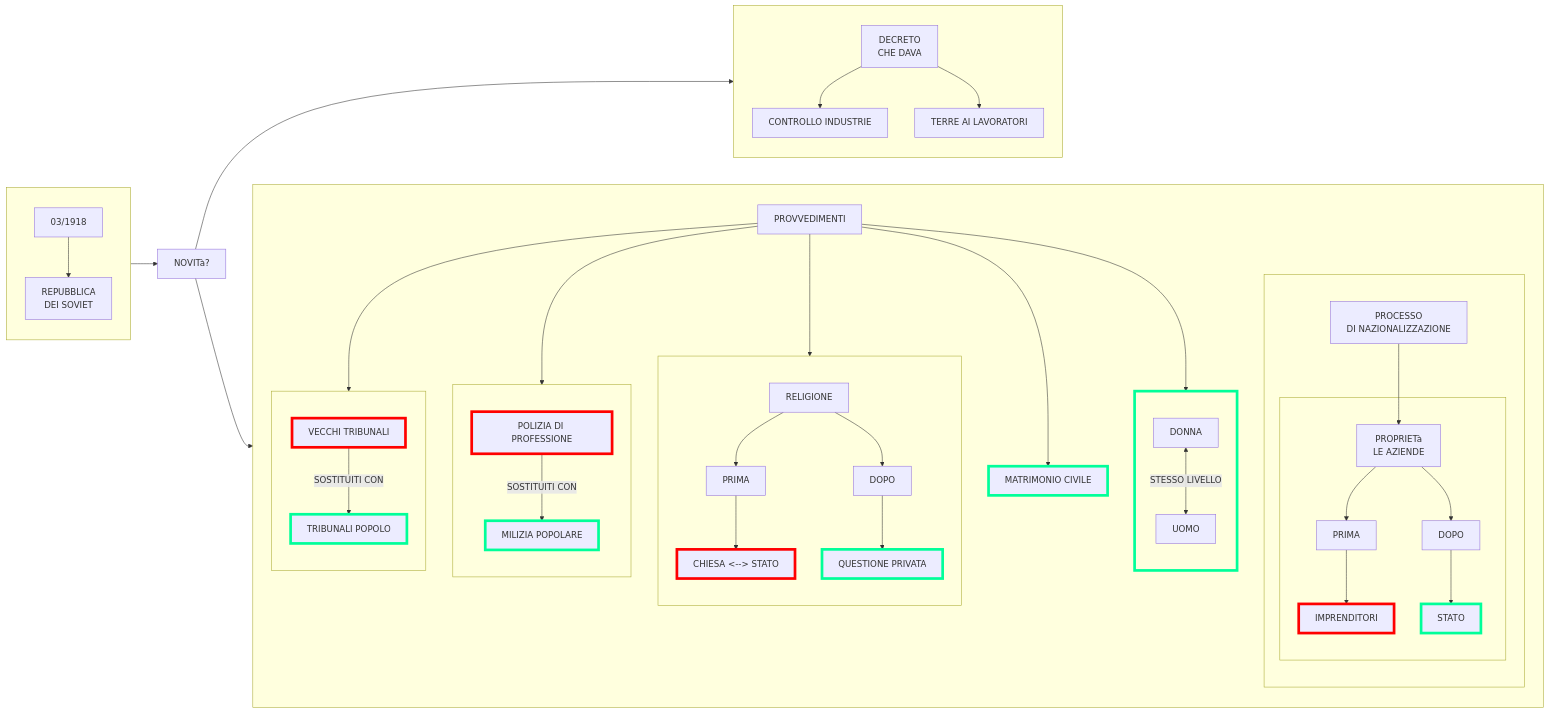
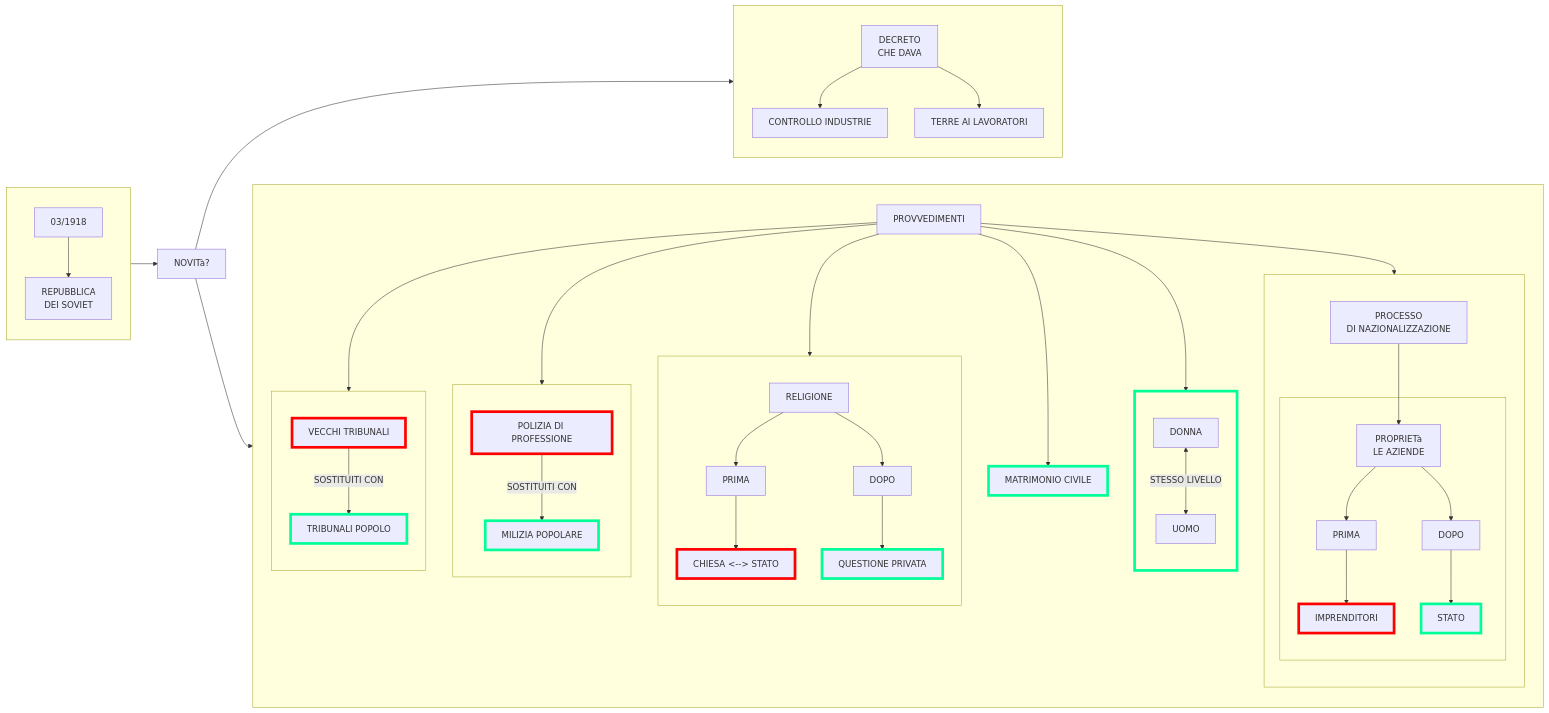
Before and after one commit to Laaouatni/ricerca-storia-MermaidJS: the fourth of 4 diagrams in stalinismo.md, drawn with Mermaid.

Commit message:
Add node 15 to flowchart connections

````diff
--- a/stalinismo.md
+++ b/stalinismo.md
@@ -118,70 +118,70 @@
 ```mermaid
 flowchart LR
     subgraph 0[" "]
         00[03/1918] -->
         000[REPUBBLICA <br> DEI SOVIET]
     end
     01[NOVITà?]
     subgraph 013[" "]
         direction TB;
         010[DECRETO <br> CHE DAVA]
         011[CONTROLLO INDUSTRIE]
         012[TERRE AI LAVORATORI]
         010 --> 011 & 012
     end
     subgraph 014[" "]
         1[PROVVEDIMENTI]
         subgraph 10[" "]
             100[VECCHI TRIBUNALI]
             style 100 stroke:#ff0000, stroke-width:5px;
             101[TRIBUNALI POPOLO]
             style 101 stroke:#00ff99, stroke-width:5px;
             100 -->|SOSTITUITI CON| 101
         end
         subgraph 11[" "]
             110[POLIZIA DI PROFESSIONE]
             style 110 stroke:#ff0000, stroke-width:5px;
             111[MILIZIA POPOLARE]
             style 111 stroke:#00ff99, stroke-width:5px;
             110 -->|SOSTITUITI CON| 111
         end
         subgraph 12[" "]
             120[RELIGIONE]
             1200[PRIMA]
             12000[CHIESA <--> STATO]
             style 12000 stroke:#ff0000, stroke-width:5px;
             1201[DOPO]
             12010[QUESTIONE PRIVATA]
             style 12010 stroke:#00ff99, stroke-width:5px;
             120 --> 1200 & 1201
             1201 --> 12010
             1200 --> 12000
         end
         13[MATRIMONIO CIVILE]
         style 13 stroke:#00ff99, stroke-width:5px;
         subgraph 14[" "]
             140[DONNA]
             141[UOMO]
             140 <-->|STESSO LIVELLO| 141
         end
         subgraph 15[" "]
             150[PROCESSO <br> DI NAZIONALIZZAZIONE]
             subgraph 151[" "]
                 1510[PROPRIETà <BR> LE AZIENDE]
                 15100[PRIMA]
                 151000[IMPRENDITORI]
                 style 151000 stroke:#ff0000, stroke-width:5px;
                 15101[DOPO]
                 151010[STATO]
                 style 151010 stroke:#00ff99, stroke-width:5px;
                 1510 --> 15100 & 15101
                 15100 --> 151000
                 15101 --> 151010
             end
             150 --> 1510
         end
         style 14 stroke:#00ff99, stroke-width:5px;
-        1 --> 10 & 11 & 12 & 13 & 14
+        1 --> 10 & 11 & 12 & 13 & 14 & 15
     end
     0 --> 01 --> 013 & 014
 ```
````
